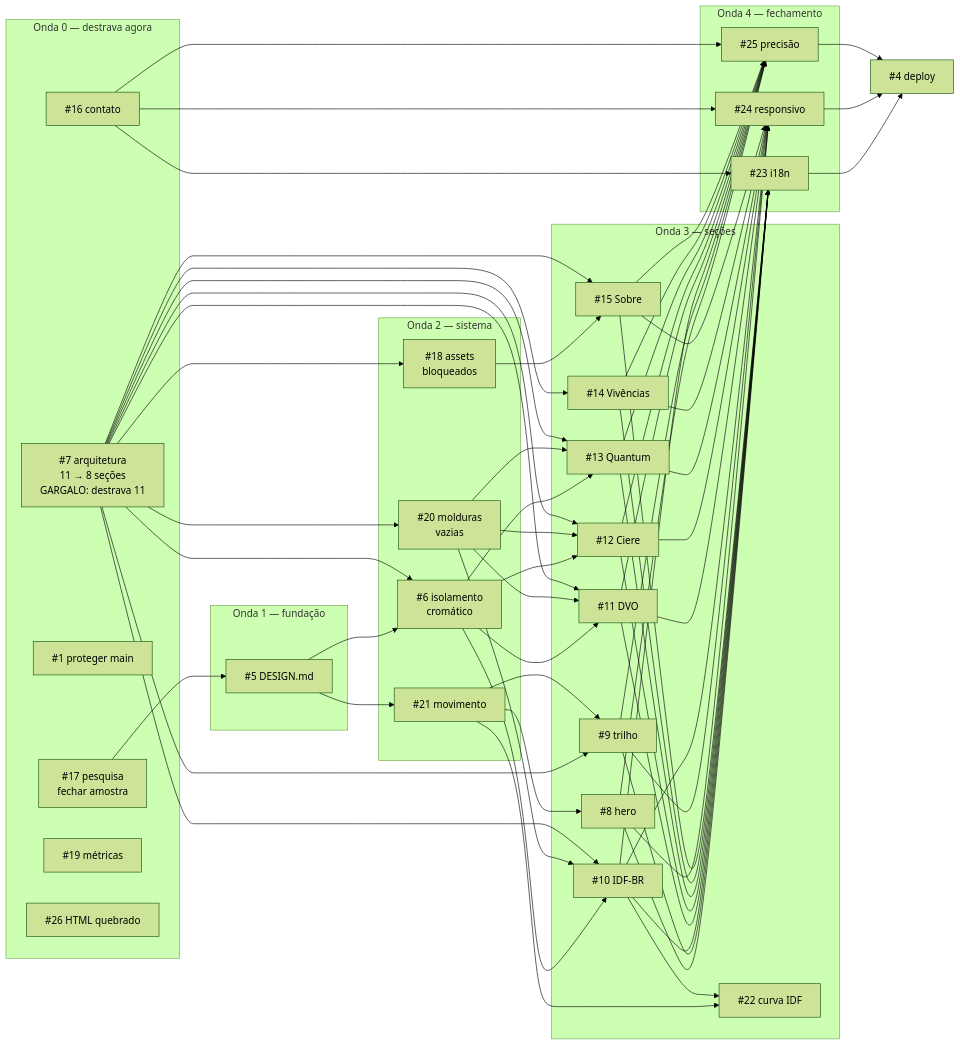
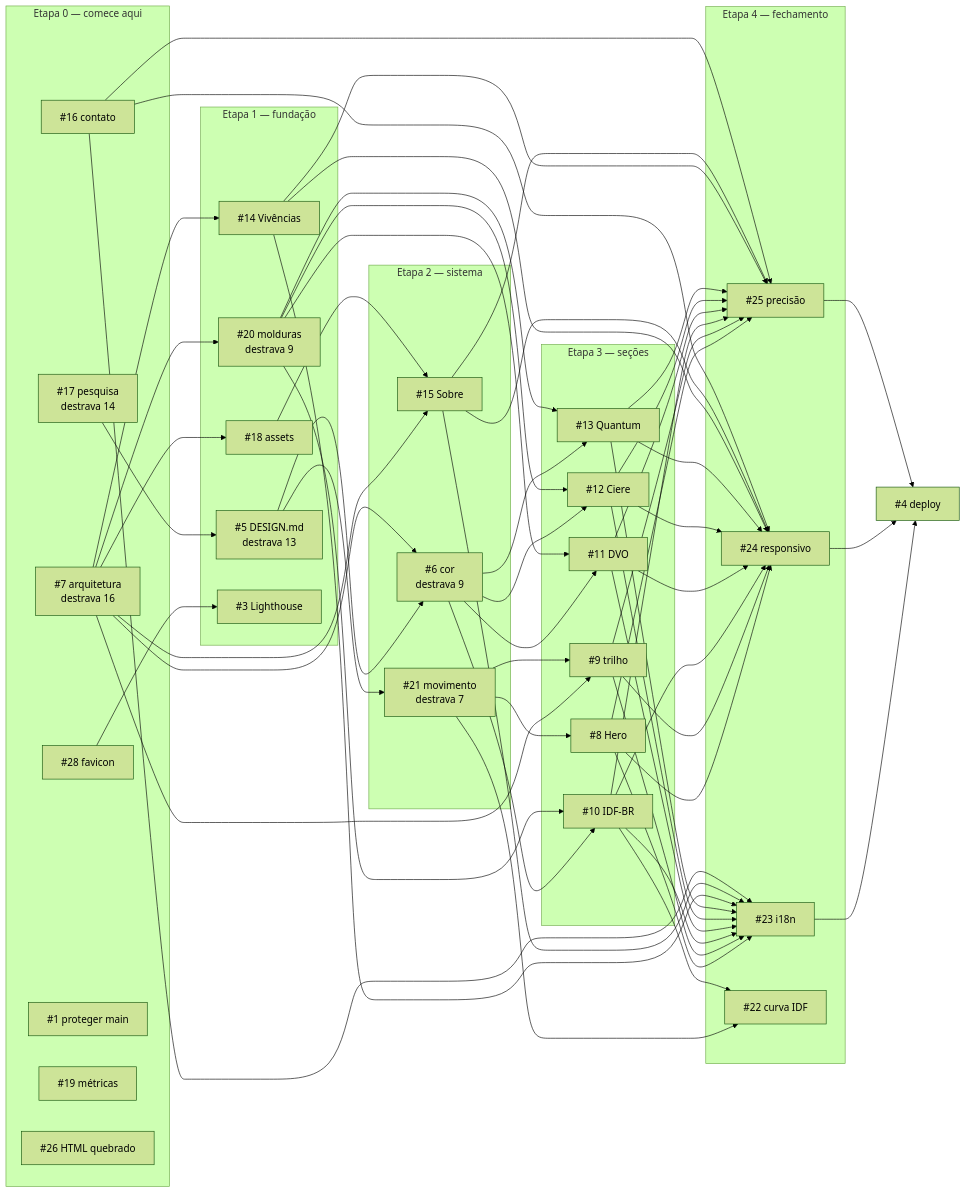
Before and after one commit to AugustoMenchaca/AugustoMenchaca.github.io: the diagram in ROADMAP.md, drawn with Mermaid (forest theme). The commit also changed other lines of this file, not shown here.

First line of the commit message:
docs(roadmap): etapas calculadas do grafo, com paralelismo explicito

````diff
--- a/ROADMAP.md
+++ b/ROADMAP.md
@@ -27,62 +94,59 @@
 ```mermaid
 graph LR
-  subgraph O0["Onda 0 — destrava agora"]
-    I7["#7 arquitetura<br/>11 → 8 seções<br/>GARGALO: destrava 11"]
-    I17["#17 pesquisa<br/>fechar amostra"]
+  subgraph E0["Etapa 0 — comece aqui"]
+    I7["#7 arquitetura<br/>destrava 16"]
+    I17["#17 pesquisa<br/>destrava 14"]
+    I16["#16 contato"]
+    I28["#28 favicon"]
     I1["#1 proteger main"]
-    I16["#16 contato"]
     I19["#19 métricas"]
     I26["#26 HTML quebrado"]
   end
 
-  subgraph O1["Onda 1 — fundação"]
-    I5["#5 DESIGN.md"]
+  subgraph E1["Etapa 1 — fundação"]
+    I5["#5 DESIGN.md<br/>destrava 13"]
+    I20["#20 molduras<br/>destrava 9"]
+    I18["#18 assets"]
+    I14["#14 Vivências"]
+    I3["#3 Lighthouse"]
   end
 
-  subgraph O2["Onda 2 — sistema"]
-    I6["#6 isolamento<br/>cromático"]
-    I21["#21 movimento"]
-    I20["#20 molduras<br/>vazias"]
-    I18["#18 assets<br/>bloqueados"]
+  subgraph E2["Etapa 2 — sistema"]
+    I6["#6 cor<br/>destrava 9"]
+    I21["#21 movimento<br/>destrava 7"]
+    I15["#15 Sobre"]
   end
 
-  subgraph O3["Onda 3 — seções"]
-    I8["#8 hero"]
+  subgraph E3["Etapa 3 — seções"]
+    I10["#10 IDF-BR"]
+    I8["#8 Hero"]
     I9["#9 trilho"]
-    I10["#10 IDF-BR"]
     I11["#11 DVO"]
     I12["#12 Ciere"]
     I13["#13 Quantum"]
-    I14["#14 Vivências"]
-    I15["#15 Sobre"]
-    I22["#22 curva IDF"]
   end
 
-  subgraph O4["Onda 4 — fechamento"]
+  subgraph E4["Etapa 4 — fechamento"]
     I23["#23 i18n"]
     I24["#24 responsivo"]
     I25["#25 precisão"]
+    I22["#22 curva IDF"]
   end
 
   I4["#4 deploy"]
 
   I17 --> I5
-  I5 --> I6
-  I5 --> I21
+  I28 --> I3
+  I7 --> I20 & I18 & I14
+  I5 --> I6 & I21
   I7 --> I6
-  I7 --> I20
-  I7 --> I18
-  I7 --> I9
-  I7 --> I14
-  I21 --> I8
-  I21 --> I9
+  I7 --> I15
+  I18 --> I15
   I6 --> I10 & I11 & I12 & I13
   I20 --> I10 & I11 & I12 & I13
-  I7 --> I10 & I11 & I12 & I13
-  I18 --> I15
-  I7 --> I15
-  I21 --> I22
+  I7 --> I9
+  I21 --> I8 & I9 & I22
   I10 --> I22
   I8 & I9 & I10 & I11 & I12 & I13 & I14 & I15 & I16 --> I23 & I24 & I25
   I23 & I24 & I25 --> I4
 ```
````
